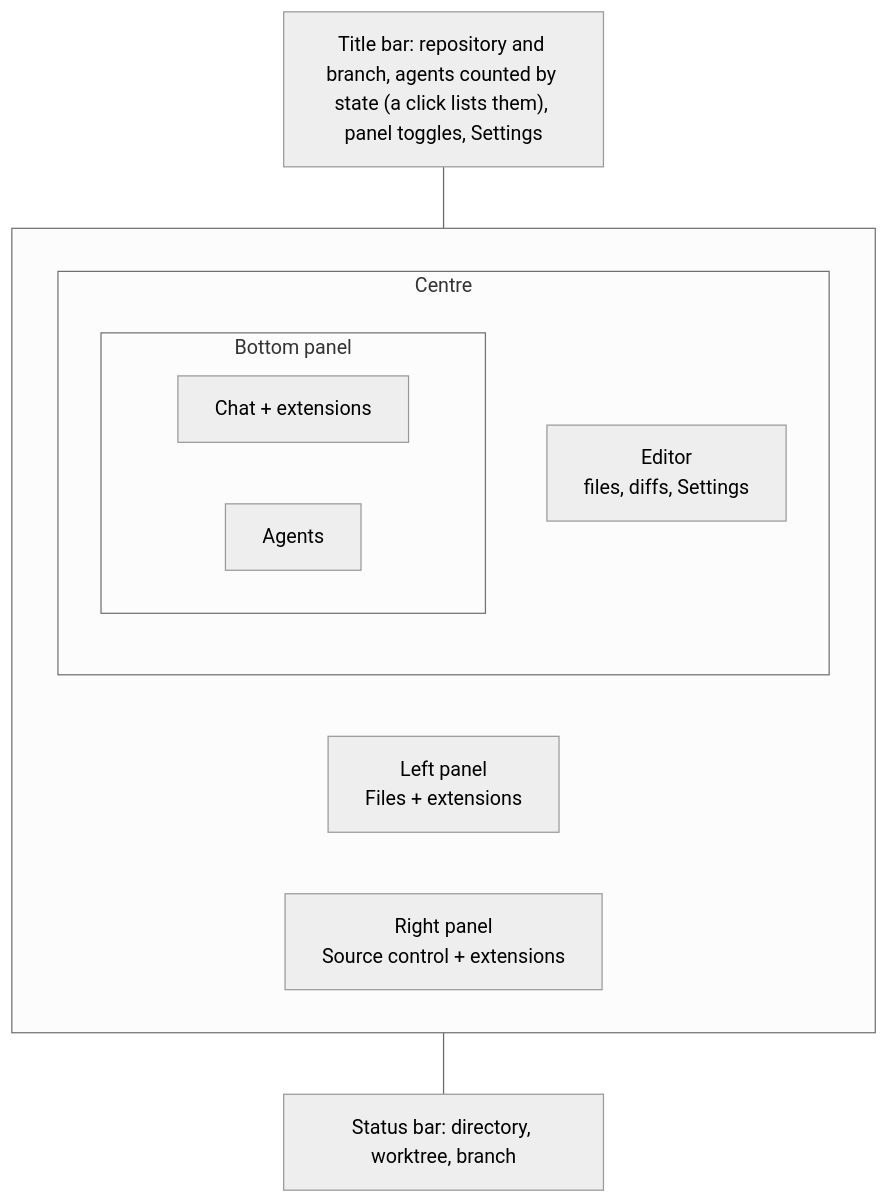
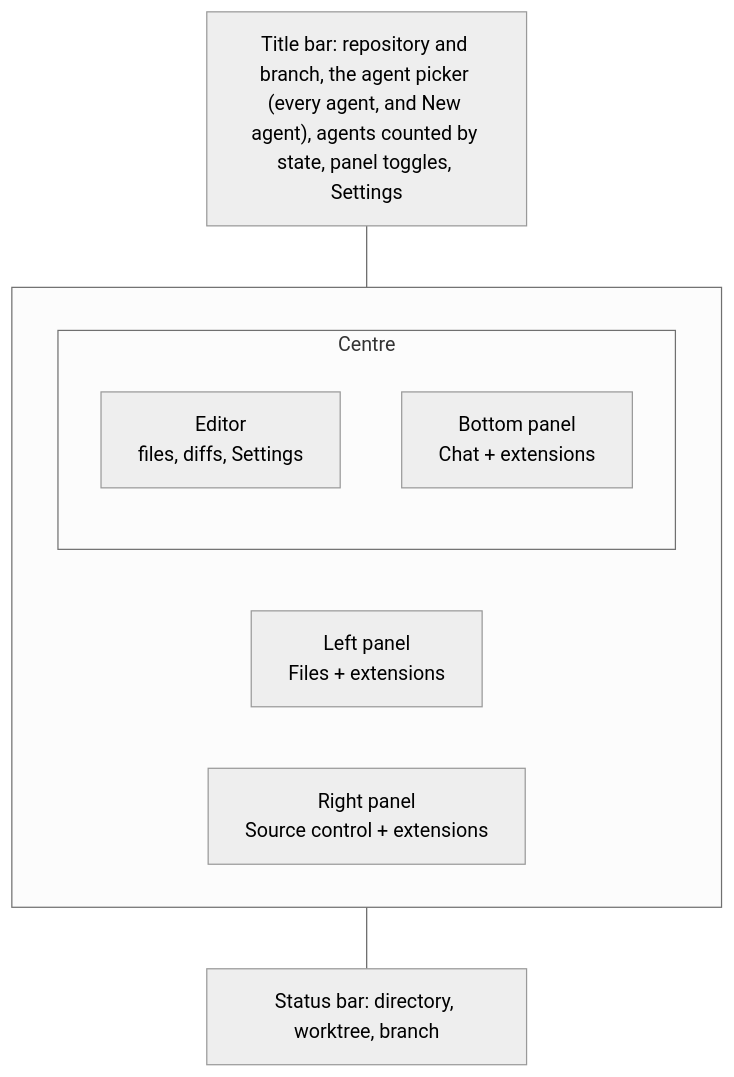
One commit to BradenTerry/Tog changed the first of 2 diagrams in docs/workbench.md. Above: the diagram before and after it, drawn with Mermaid (neutral theme). The commit also changed other lines of this file and 11 other files, not shown here.

First line of the commit message:
Pick agents from the title bar, and show what local commands print

````diff
--- a/docs/workbench.md
+++ b/docs/workbench.md
@@ -9,21 +9,17 @@
 ```mermaid
 flowchart TB
-    T["Title bar: repository and branch, agents counted by state (a click lists them), panel toggles, Settings"]
+    T["Title bar: repository and branch, the agent picker (every agent, and New agent), agents counted by state, panel toggles, Settings"]
     subgraph W[" "]
         direction LR
         L["Left panel<br/>Files + extensions"]
         subgraph C["Centre"]
             direction TB
             E["Editor<br/>files, diffs, Settings"]
-            subgraph B["Bottom panel"]
-                direction LR
-                CH["Chat + extensions"]
-                AG["Agents"]
-            end
+            B["Bottom panel<br/>Chat + extensions"]
         end
         R["Right panel<br/>Source control + extensions"]
     end
     S["Status bar: directory, worktree, branch"]
     T --- W
     W --- S
 ```
````
